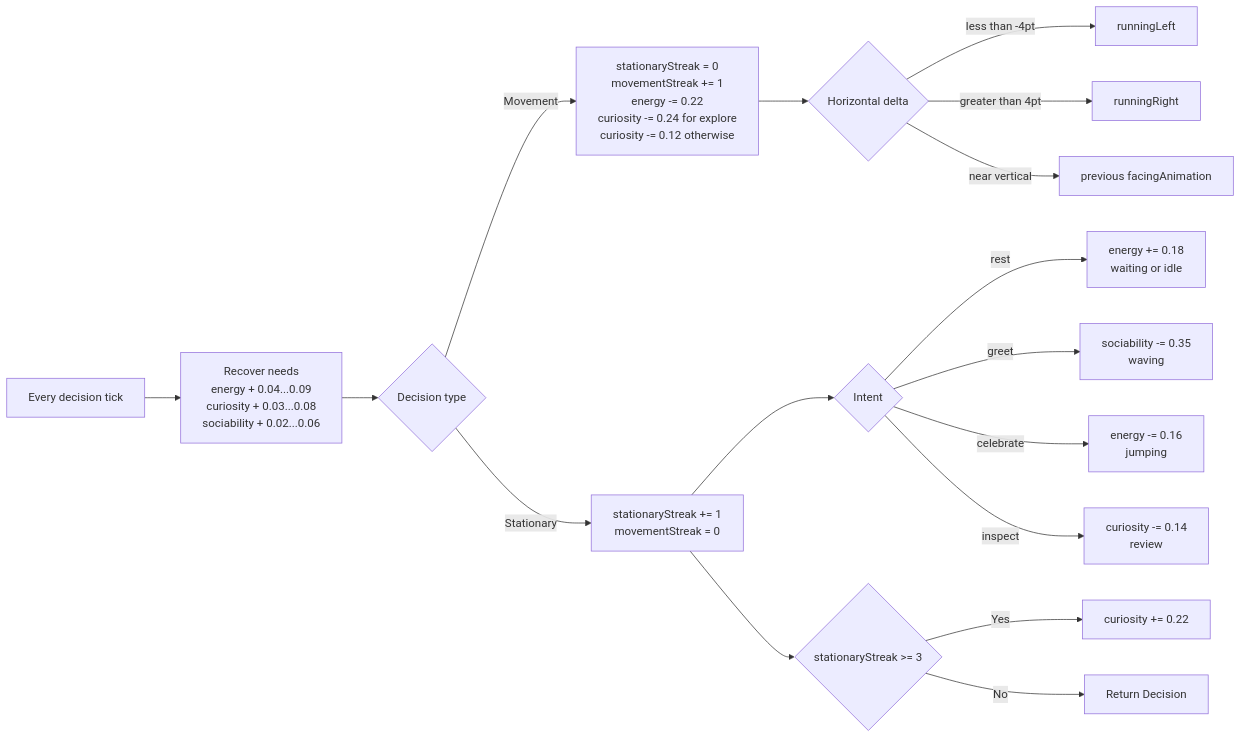
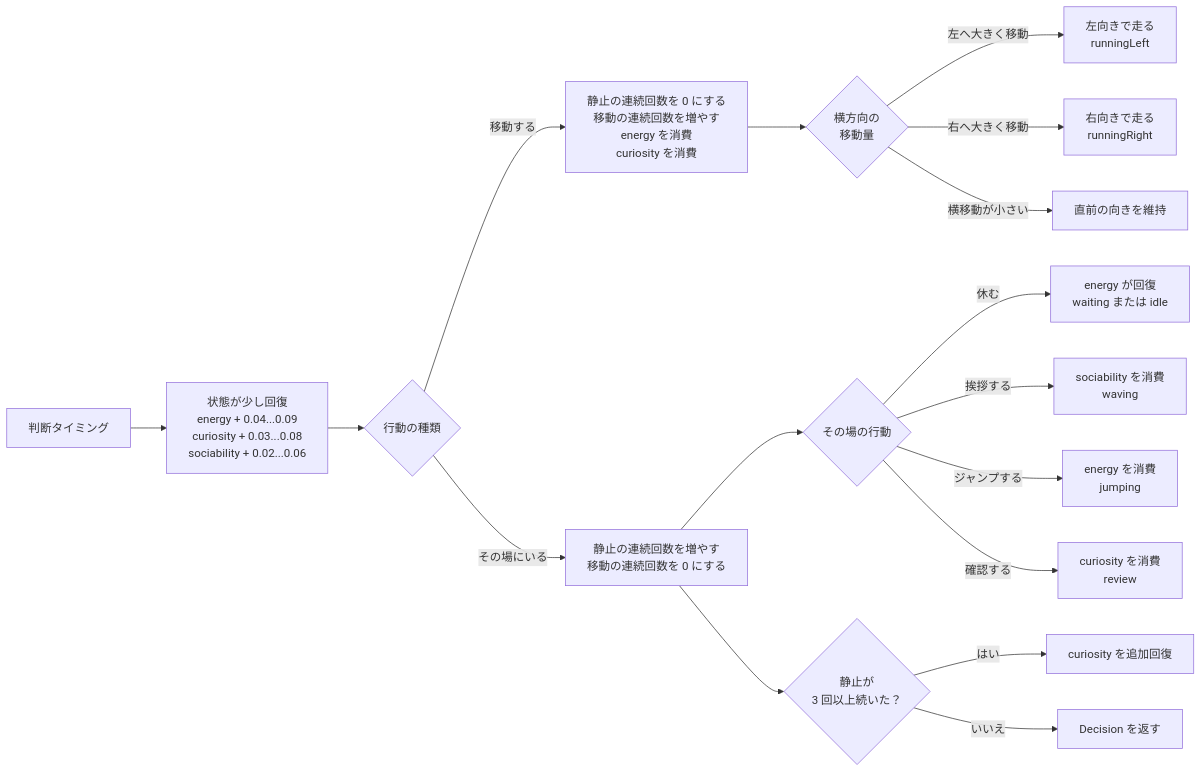
Before and after one commit to shiroemons/codex-pet-watch-sprite: the third of 3 diagrams in docs/BehaviorEngine.md, drawn with Mermaid. The commit also changed other lines of this file, not shown here.

Commit message:
docs: localize behavior engine diagrams

````diff
--- a/docs/BehaviorEngine.md
+++ b/docs/BehaviorEngine.md
@@ -203,21 +209,21 @@
 ```mermaid
 flowchart LR
-    Tick["Every decision tick"] --> Recover["Recover needs<br/>energy + 0.04...0.09<br/>curiosity + 0.03...0.08<br/>sociability + 0.02...0.06"]
-    Recover --> Path{"Decision type"}
+    Tick["判断タイミング"] --> Recover["状態が少し回復<br/>energy + 0.04...0.09<br/>curiosity + 0.03...0.08<br/>sociability + 0.02...0.06"]
+    Recover --> Path{"行動の種類"}
 
-    Path -->|Movement| MoveState["stationaryStreak = 0<br/>movementStreak += 1<br/>energy -= 0.22<br/>curiosity -= 0.24 for explore<br/>curiosity -= 0.12 otherwise"]
-    MoveState --> MoveAnim{"Horizontal delta"}
-    MoveAnim -->|less than -4pt| Left["runningLeft"]
-    MoveAnim -->|greater than 4pt| Right["runningRight"]
-    MoveAnim -->|near vertical| Facing["previous facingAnimation"]
+    Path -->|移動する| MoveState["静止の連続回数を 0 にする<br/>移動の連続回数を増やす<br/>energy を消費<br/>curiosity を消費"]
+    MoveState --> MoveAnim{"横方向の<br/>移動量"}
+    MoveAnim -->|左へ大きく移動| Left["左向きで走る<br/>runningLeft"]
+    MoveAnim -->|右へ大きく移動| Right["右向きで走る<br/>runningRight"]
+    MoveAnim -->|横移動が小さい| Facing["直前の向きを維持"]
 
-    Path -->|Stationary| StillState["stationaryStreak += 1<br/>movementStreak = 0"]
-    StillState --> StillIntent{"Intent"}
-    StillIntent -->|rest| RestState["energy += 0.18<br/>waiting or idle"]
-    StillIntent -->|greet| GreetState["sociability -= 0.35<br/>waving"]
-    StillIntent -->|celebrate| CelebrateState["energy -= 0.16<br/>jumping"]
-    StillIntent -->|inspect| InspectState["curiosity -= 0.14<br/>review"]
-    StillState --> Curious{"stationaryStreak >= 3"}
-    Curious -->|Yes| CuriosityBoost["curiosity += 0.22"]
-    Curious -->|No| Done["Return Decision"]
+    Path -->|その場にいる| StillState["静止の連続回数を増やす<br/>移動の連続回数を 0 にする"]
+    StillState --> StillIntent{"その場の行動"}
+    StillIntent -->|休む| RestState["energy が回復<br/>waiting または idle"]
+    StillIntent -->|挨拶する| GreetState["sociability を消費<br/>waving"]
+    StillIntent -->|ジャンプする| CelebrateState["energy を消費<br/>jumping"]
+    StillIntent -->|確認する| InspectState["curiosity を消費<br/>review"]
+    StillState --> Curious{"静止が<br/>3 回以上続いた？"}
+    Curious -->|はい| CuriosityBoost["curiosity を追加回復"]
+    Curious -->|いいえ| Done["Decision を返す"]
 ```
````
